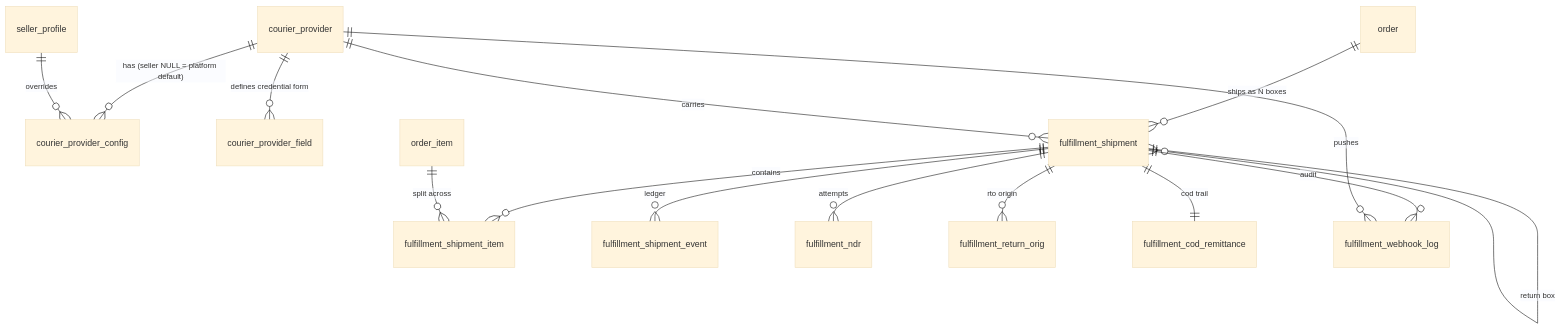
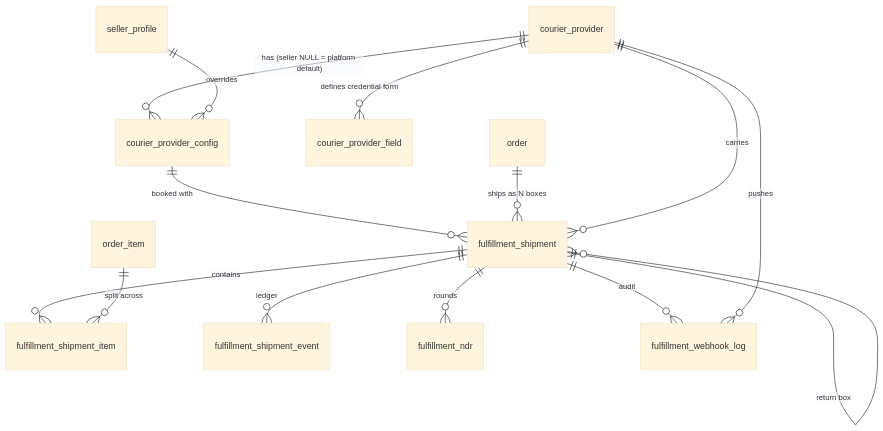
Before and after one commit to Zatu-ecom/ecommerce-be: the first of 5 diagrams in specs/013-courier-fulfillment-platform/data-model.md, drawn with Mermaid (base theme). The commit also changed other lines of this file and 1 other file, not shown here.

First line of the commit message:
Refactor Courier Fulfillment Platform Service Design

````diff
--- a/specs/013-courier-fulfillment-platform/data-model.md
+++ b/specs/013-courier-fulfillment-platform/data-model.md
@@ -8,17 +10,16 @@
 ```mermaid
 erDiagram
     courier_provider ||--o{ courier_provider_config : "has (seller NULL = platform default)"
     courier_provider ||--o{ courier_provider_field : "defines credential form"
     seller_profile ||--o{ courier_provider_config : "overrides"
+    courier_provider_config ||--o{ fulfillment_shipment : "booked with"
     "order" ||--o{ fulfillment_shipment : "ships as N boxes"
     fulfillment_shipment ||--o{ fulfillment_shipment_item : "contains"
     order_item ||--o{ fulfillment_shipment_item : "split across"
     fulfillment_shipment ||--o{ fulfillment_shipment_event : "ledger"
-    fulfillment_shipment ||--o{ fulfillment_ndr : "attempts"
-    fulfillment_shipment ||--o{ fulfillment_return_orig : "rto origin"
+    fulfillment_shipment ||--o{ fulfillment_ndr : "rounds"
     fulfillment_shipment ||--o{ fulfillment_shipment : "return box"
-    fulfillment_shipment ||--|| fulfillment_cod_remittance : "cod trail"
     fulfillment_shipment ||--o{ fulfillment_webhook_log : "audit"
     courier_provider ||--o{ fulfillment_shipment : "carries"
     courier_provider ||--o{ fulfillment_webhook_log : "pushes"
 ```
````
